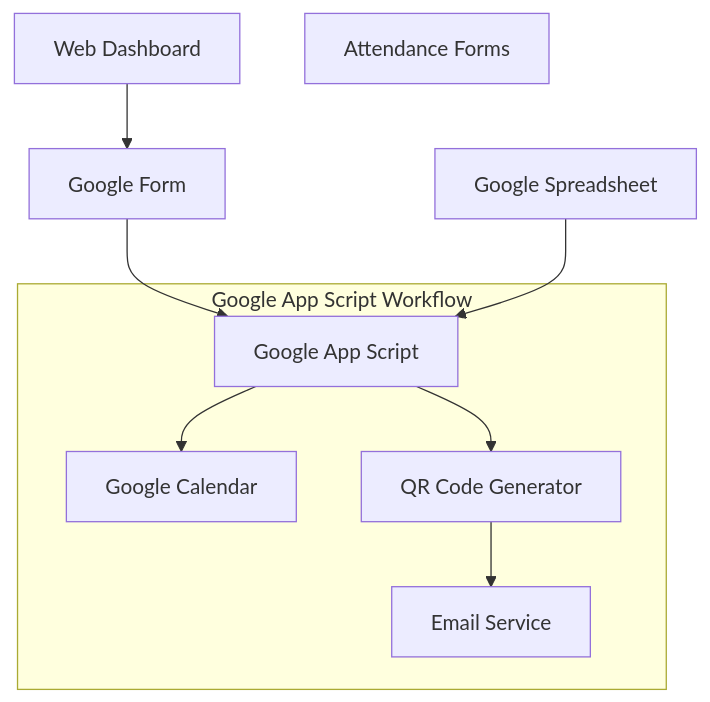
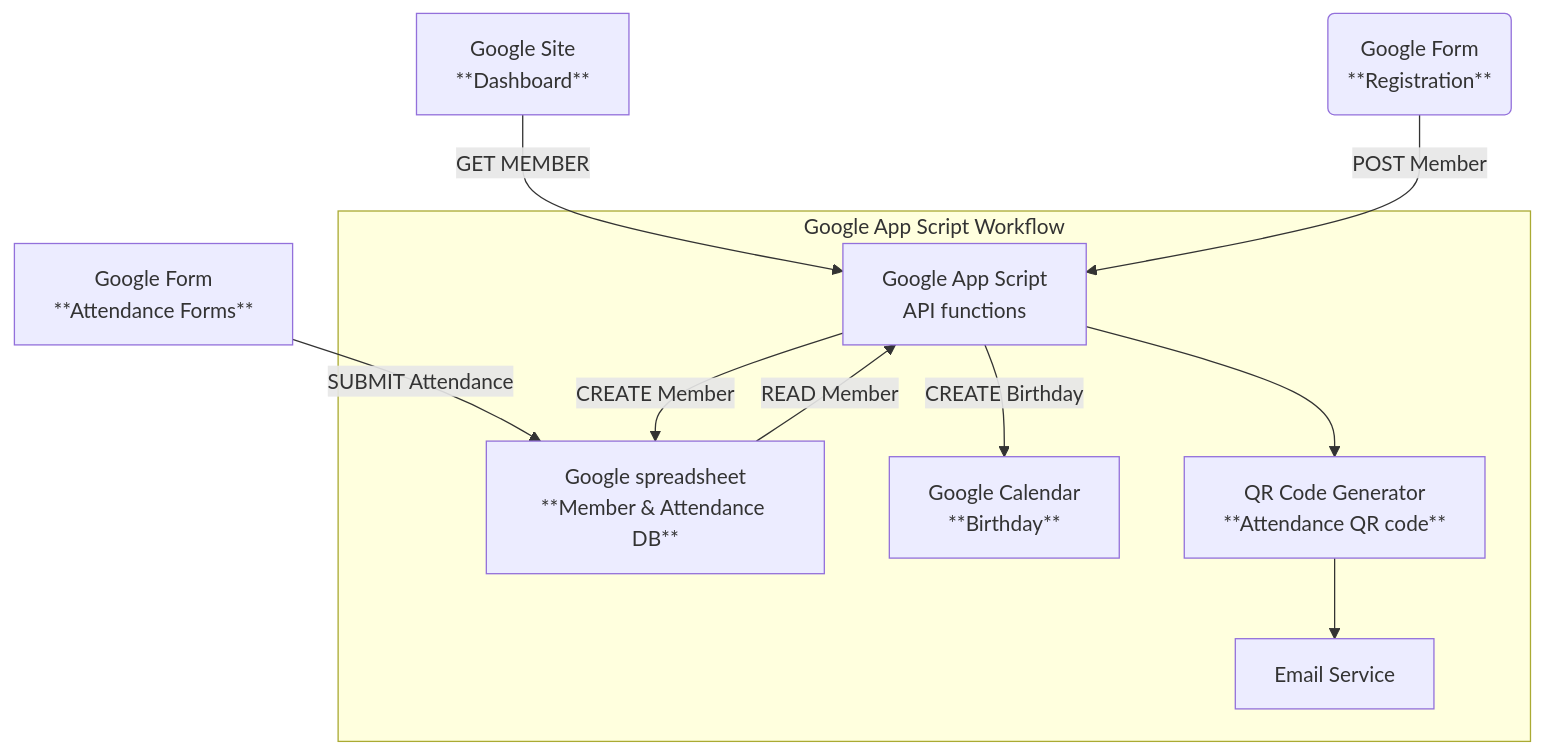
Before and after one commit to ijosh-ch/church-member-management: the first of 5 diagrams in README.md, drawn with Mermaid. The commit also changed other lines of this file and 2 other files, not shown here.

````diff
--- a/README.md
+++ b/README.md
@@ -37,14 +37,15 @@
 ```mermaid
 graph TB
-  WebApp[Web Dashboard] --> Form[Google Form]
-  Form --> AppScript[Google App Script]
-  Spreadsheet[Google Spreadsheet] --> AppScript
+  dashboard[Google Site<br/>**Dashboard**] --> |GET MEMBER| AppScript[Google App Script<br/>API functions]
+  Form(Google Form<br/>**Registration**) --> |POST Member| AppScript
+  spreadsheet[Google spreadsheet<br/>**Member & Registration DB**] --> |READ Member| AppScript
+  attendanceForm[Google Form<br/>**Attendance Forms**] --> |SUBMIT Attendance| spreadsheet[Google spreadsheet<br/>**Member & Attendance DB**]
   
   subgraph Google App Script Workflow
-    AppScript --> Calendar[Google Calendar]
-    AppScript --> QR[QR Code Generator]
+    AppScript --> |CREATE Birthday| birthday[Google Calendar<br/>**Birthday**]
+    AppScript --> QR[QR Code Generator<br/>**Attendance QR code**]
+    AppScript --> |CREATE Member| spreadsheet
     QR --> Email[Email Service]
   end
-  
-  G[Attendance Forms]
+
 ```
````
